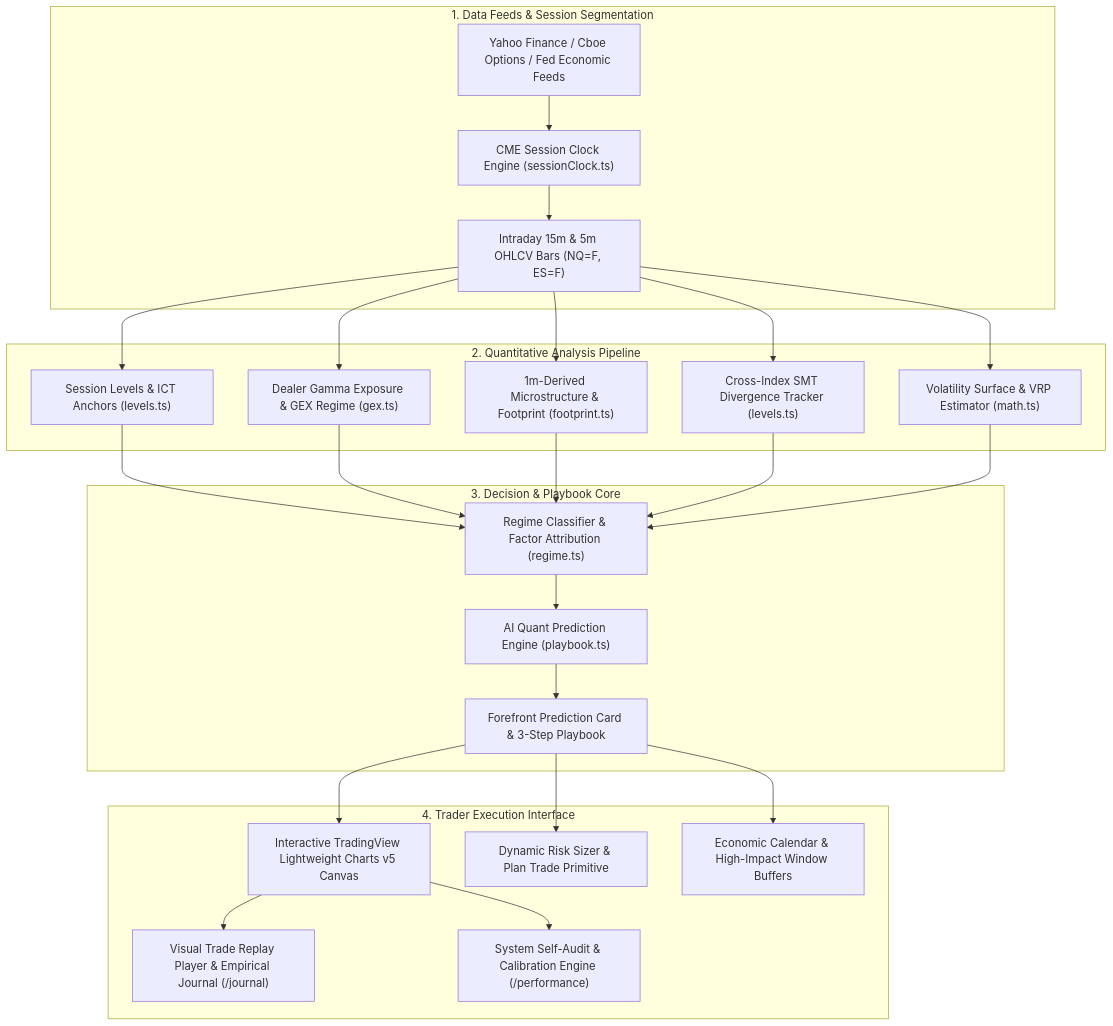
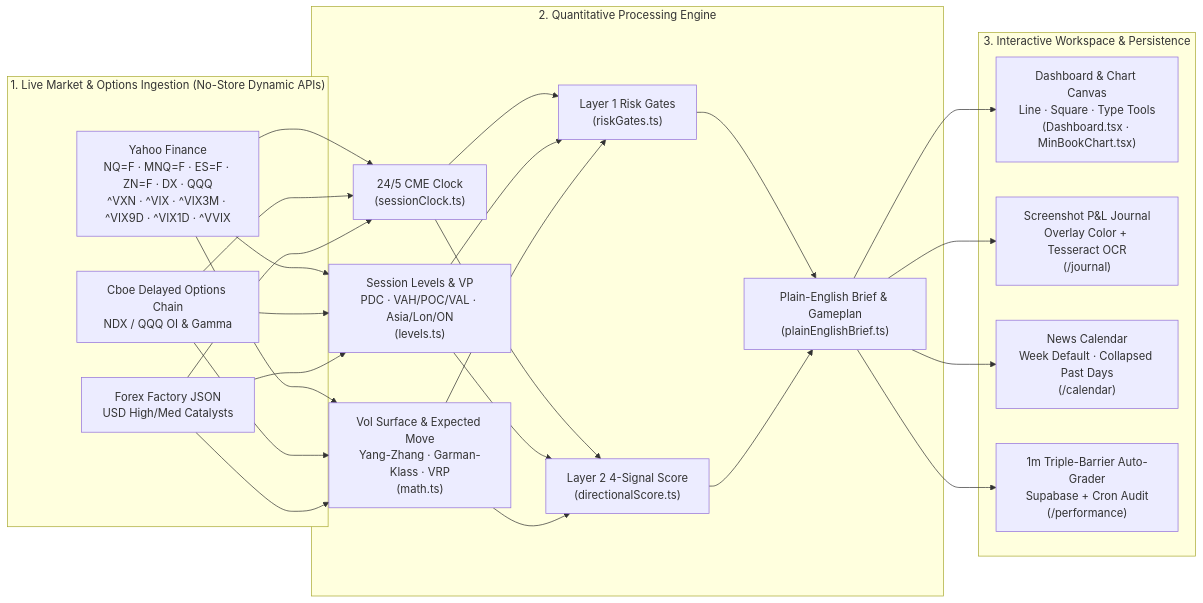
Before and after one commit to Minsung1Kim/minbook: the diagram in README.md, drawn with Mermaid. The commit also changed other lines of this file and 17 other files, not shown here.

Commit message:
docs: restore MinBook branding everywhere and revamp GitHub README with charts and references

````diff
--- a/README.md
+++ b/README.md
@@ -13,29 +49,29 @@
 ```mermaid
-flowchart TD
-    subgraph DataIngestion ["1. Data Feeds & Session Segmentation"]
-        A["Yahoo Finance / Cboe Options / Fed Economic Feeds"] --> B["CME Session Clock Engine (sessionClock.ts)"]
-        B --> C["Intraday 15m & 5m OHLCV Bars (NQ=F, ES=F)"]
+flowchart LR
+    subgraph Feeds ["1. Live Market & Options Ingestion (No-Store Dynamic APIs)"]
+        YF["Yahoo Finance<br/>NQ=F · MNQ=F · ES=F · ZN=F · DX · QQQ<br/>^VXN · ^VIX · ^VIX3M · ^VIX9D · ^VIX1D · ^VVIX"]
+        CBOE["Cboe Delayed Options Chain<br/>NDX / QQQ OI & Gamma"]
+        FF["Forex Factory JSON<br/>USD High/Med Catalysts"]
     end
 
-    subgraph QuantEngines ["2. Quantitative Analysis Pipeline"]
-        C --> D["Session Levels & ICT Anchors (levels.ts)"]
-        C --> E["Dealer Gamma Exposure & GEX Regime (gex.ts)"]
-        C --> F["1m-Derived Microstructure & Footprint (footprint.ts)"]
-        C --> G["Cross-Index SMT Divergence Tracker (levels.ts)"]
-        C --> H["Volatility Surface & VRP Estimator (math.ts)"]
+    subgraph Engine ["2. Quantitative Processing Engine"]
+        CLK["24/5 CME Clock<br/>(sessionClock.ts)"]
+        LVL["Session Levels & VP<br/>PDC · VAH/POC/VAL · Asia/Lon/ON<br/>(levels.ts)"]
+        MATH["Vol Surface & Expected Move<br/>Yang-Zhang · Garman-Klass · VRP<br/>(math.ts)"]
+        L1["Layer 1 Risk Gates<br/>(riskGates.ts)"]
+        L2["Layer 2 4-Signal Score<br/>(directionalScore.ts)"]
+        BRIEF["Plain-English Brief & Gameplan<br/>(plainEnglishBrief.ts)"]
     end
 
-    subgraph DecisionEngine ["3. Decision & Playbook Core"]
-        D & E & F & G & H --> I["Regime Classifier & Factor Attribution (regime.ts)"]
-        I --> J["AI Quant Prediction Engine (playbook.ts)"]
-        J --> K["Forefront Prediction Card & 3-Step Playbook"]
+    subgraph Terminal ["3. Interactive Workspace & Persistence"]
+        UI["Dashboard & Chart Canvas<br/>Line · Square · Type Tools<br/>(Dashboard.tsx · MinBookChart.tsx)"]
+        JRN["Screenshot P&L Journal<br/>Overlay Color + Tesseract OCR<br/>(/journal)"]
+        CAL["News Calendar<br/>Week Default · Collapsed Past Days<br/>(/calendar)"]
+        AUD["1m Triple-Barrier Auto-Grader<br/>Supabase + Cron Audit<br/>(/performance)"]
     end
 
-    subgraph InteractiveInterface ["4. Trader Execution Interface"]
-        K --> L["Interactive TradingView Lightweight Charts v5 Canvas"]
-        K --> M["Dynamic Risk Sizer & Plan Trade Primitive"]
-        K --> N["Economic Calendar & High-Impact Window Buffers"]
-        L --> O["Visual Trade Replay Player & Empirical Journal (/journal)"]
-        L --> P["System Self-Audit & Calibration Engine (/performance)"]
-    end
+    YF & CBOE & FF --> CLK & LVL & MATH
+    CLK & LVL & MATH --> L1 & L2
+    L1 & L2 --> BRIEF
+    BRIEF --> UI & JRN & CAL & AUD
 ```
````
